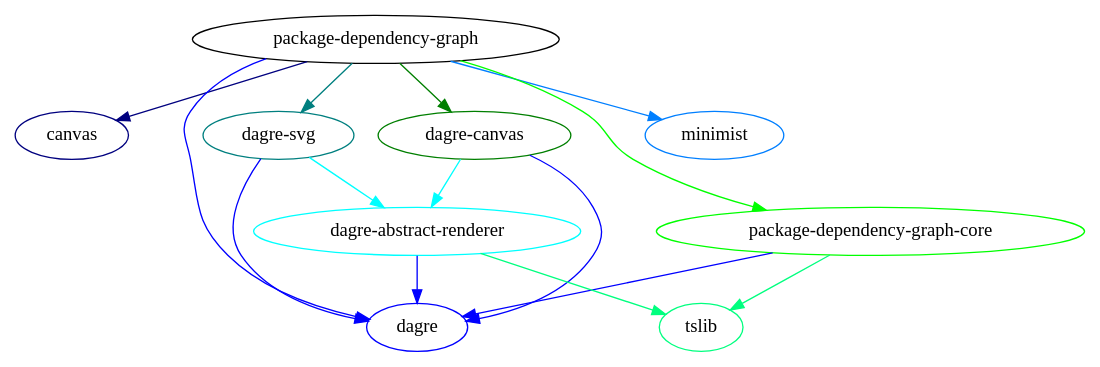
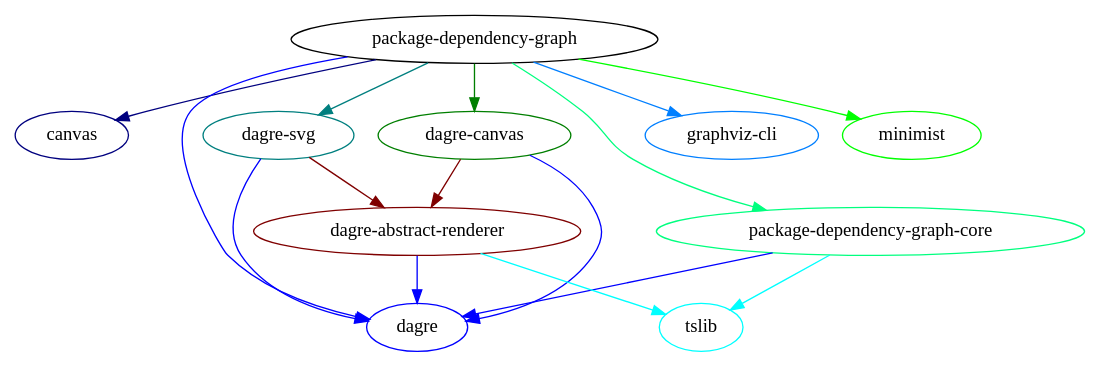
Before and after one commit to plantain-00/package-dependency-graph: the diagram in spec/result.dot, drawn with Graphviz. The commit also changed 10 other files, not shown here.

First line of the commit message:
feat: use graphviz-cli to remove external graphviz dependency

```diff
--- a/spec/result.dot
+++ b/spec/result.dot
@@ -1,27 +1,29 @@
 // generated by package-dependency-graph
 digraph {
   package_dependency_graph -> canvas[color = "#00007f"]
   package_dependency_graph -> dagre[color = "#0000ff"]
   package_dependency_graph -> dagre_canvas[color = "#007f00"]
   package_dependency_graph -> dagre_svg[color = "#007f7f"]
-  package_dependency_graph -> minimist[color = "#007fff"]
-  package_dependency_graph -> package_dependency_graph_core[color = "#00ff00"]
+  package_dependency_graph -> graphviz_cli[color = "#007fff"]
+  package_dependency_graph -> minimist[color = "#00ff00"]
+  package_dependency_graph -> package_dependency_graph_core[color = "#00ff7f"]
   package_dependency_graph_core -> dagre[color = "#0000ff"]
-  package_dependency_graph_core -> tslib[color = "#00ff7f"]
+  package_dependency_graph_core -> tslib[color = "#00ffff"]
   dagre_abstract_renderer -> dagre[color = "#0000ff"]
-  dagre_abstract_renderer -> tslib[color = "#00ff7f"]
+  dagre_abstract_renderer -> tslib[color = "#00ffff"]
   dagre_canvas -> dagre[color = "#0000ff"]
-  dagre_canvas -> dagre_abstract_renderer[color = "#00ffff"]
+  dagre_canvas -> dagre_abstract_renderer[color = "#7f0000"]
   dagre_svg -> dagre[color = "#0000ff"]
-  dagre_svg -> dagre_abstract_renderer[color = "#00ffff"]
+  dagre_svg -> dagre_abstract_renderer[color = "#7f0000"]
 
   package_dependency_graph[label = "package-dependency-graph", color = "#000000"]
   canvas[label = "canvas", color = "#00007f"]
   dagre[label = "dagre", color = "#0000ff"]
   dagre_canvas[label = "dagre-canvas", color = "#007f00"]
   dagre_svg[label = "dagre-svg", color = "#007f7f"]
-  minimist[label = "minimist", color = "#007fff"]
-  package_dependency_graph_core[label = "package-dependency-graph-core", color = "#00ff00"]
-  tslib[label = "tslib", color = "#00ff7f"]
-  dagre_abstract_renderer[label = "dagre-abstract-renderer", color = "#00ffff"]
+  graphviz_cli[label = "graphviz-cli", color = "#007fff"]
+  minimist[label = "minimist", color = "#00ff00"]
+  package_dependency_graph_core[label = "package-dependency-graph-core", color = "#00ff7f"]
+  tslib[label = "tslib", color = "#00ffff"]
+  dagre_abstract_renderer[label = "dagre-abstract-renderer", color = "#7f0000"]
 }
```
